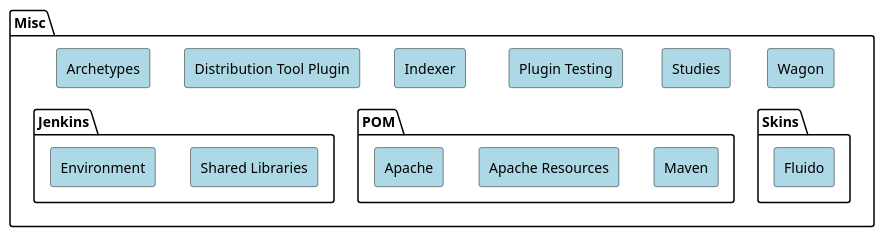
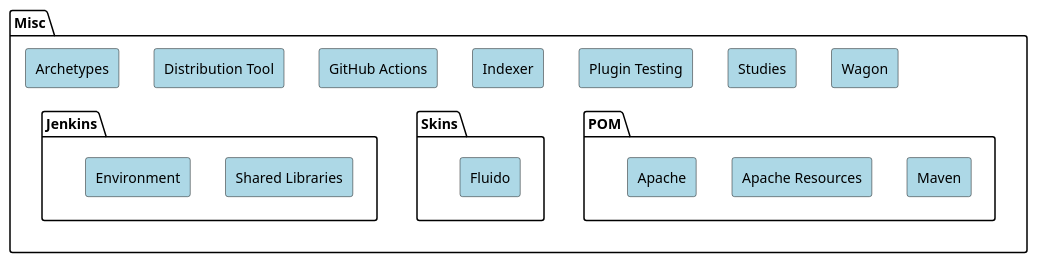
The diagram in src/plantuml/maven-sources/misc.puml (apache/maven-site), drawn with PlantUML before and after one commit.

Commit message:
add GitHub Actions

```diff
--- a/src/plantuml/maven-sources/misc.puml
+++ b/src/plantuml/maven-sources/misc.puml
@@ -19,66 +19,69 @@
 @startuml
 
 <style>
     rectangle {
         BackgroundColor LightBlue
     }
 }
 </style>
 
 package Misc {
   rectangle Archetypes
-  rectangle "Distribution Tool Plugin"
+  rectangle "Distribution Tool"
+  rectangle "GitHub Actions"
   rectangle Indexer
   package Jenkins {
     rectangle Environment
     rectangle "Shared Libraries"
   }
   rectangle "Plugin Testing"
   package POM {
     rectangle "Apache"
     rectangle "Apache Resources"
     rectangle "Maven"
   }
   package Skins {
     rectangle Fluido
   }
   rectangle Studies
   rectangle Wagon
 }
 
 'hidden dependencies to change layout
-Archetypes -[hidden]> "Distribution Tool Plugin"
-"Distribution Tool Plugin" -[hidden]> Indexer
+Archetypes -[hidden]> "Distribution Tool"
+"Distribution Tool" -[hidden]> "GitHub Actions"
+"GitHub Actions" -[hidden]> Indexer
 Indexer -[hidden]> "Plugin Testing"
 "Plugin Testing" -[hidden]> Studies
 Studies -[hidden]> Wagon
 
 Environment -[hidden]> "Shared Libraries"
 
 "Apache" -[hidden]> "Apache Resources"
 "Apache Resources" -[hidden]> "Maven"
 "Apache" -[hidden]> Fluido
 
-Archetypes -[hidden]down-> Environment
-Indexer -[hidden]down-> "Apache"
-Wagon -[hidden]down-> Fluido
+Archetypes -[hidden]down-> Jenkins
+Jenkins -[hidden]> POM
+POM -[hidden]> Skins
 
 url of "Archetypes" is [[https://github.com/apache/maven-archetype]]
-url of "Distribution Tool Plugin" is [[https://github.com/apache/maven-dist-tool]]
+url of "Distribution Tool" is [[https://github.com/apache/maven-dist-tool]]
 url of Indexer is [[https://github.com/apache/maven-indexer]]
+url of "GitHub Actions" is [[https://github.com/apache/maven-gh-actions-shared]]
 
 url of Environment is [[https://github.com/apache/maven-jenkins-env]]
 url of "Shared Libraries" is [[https://github.com/apache/maven-jenkins-lib]]
 
 url of "Plugin Testing" is [[https://github.com/apache/maven-plugin-testing]]
 
 url of "Apache" is [[https://github.com/apache/maven-apache-parent]]
 url of "Apache Resources" is [[https://github.com/apache/maven-apache-resources]]
 url of "Maven" is [[https://github.com/apache/maven-parent]]
 
 url of Fluido is [[https://github.com/apache/maven-fluido-skin]]
 
 url of Studies is [[https://github.com/apache/maven-studies]]
 url of Wagon is [[https://github.com/apache/maven-wagon]]
 
 @enduml
```
